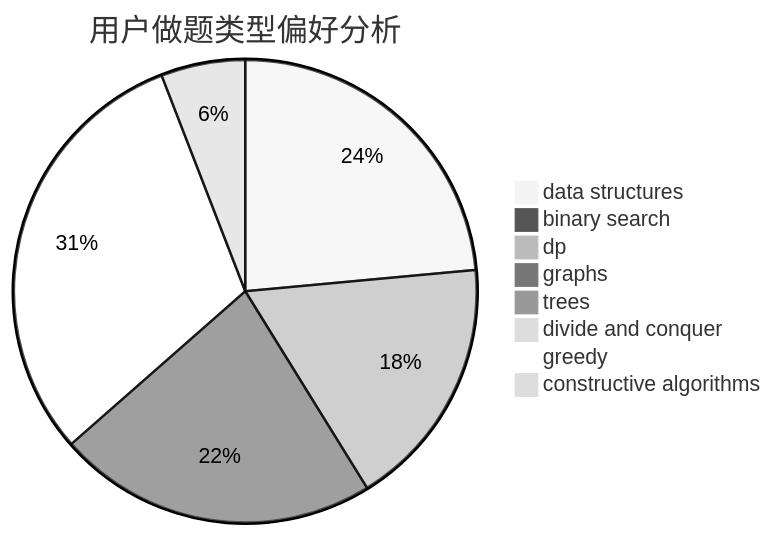
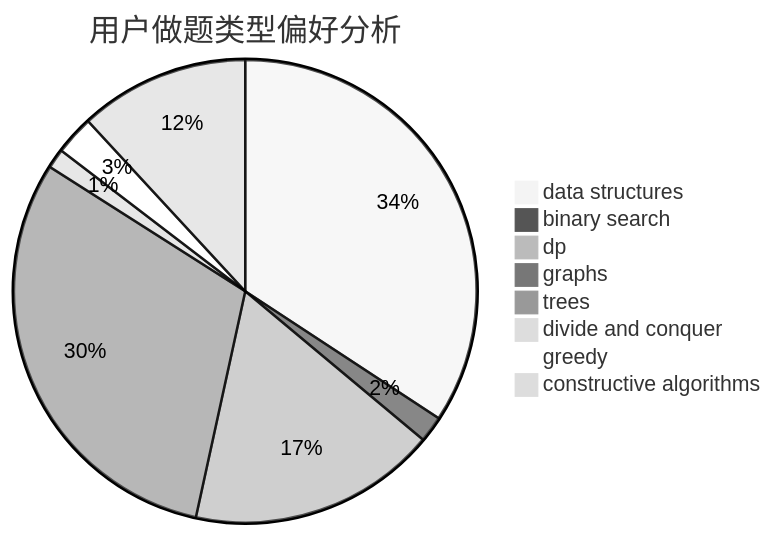
The second of 3 diagrams in docs/user/u567.md (sherpahu/cfrs.github.io), drawn with Mermaid (neutral theme) before and after one commit. The commit also changed other lines of this file and 2770 other files, not shown here.

````diff
--- a/docs/user/u567.md
+++ b/docs/user/u567.md
@@ -23,11 +23,11 @@
 ```mermaid
 pie title 用户做题类型偏好分析
-    "data structures" :  20
-    "binary search" :  0
-    "dp" :  15
-    "graphs" :  19
-    "trees" :  0
-    "divide and conquer" :  0
-    "greedy" :  26
-    "constructive algorithms" :  5
+    "data structures" :  75
+    "binary search" :  4
+    "dp" :  38
+    "graphs" :  1
+    "trees" :  67
+    "divide and conquer" :  3
+    "greedy" :  6
+    "constructive algorithms" :  26
 ```
````
